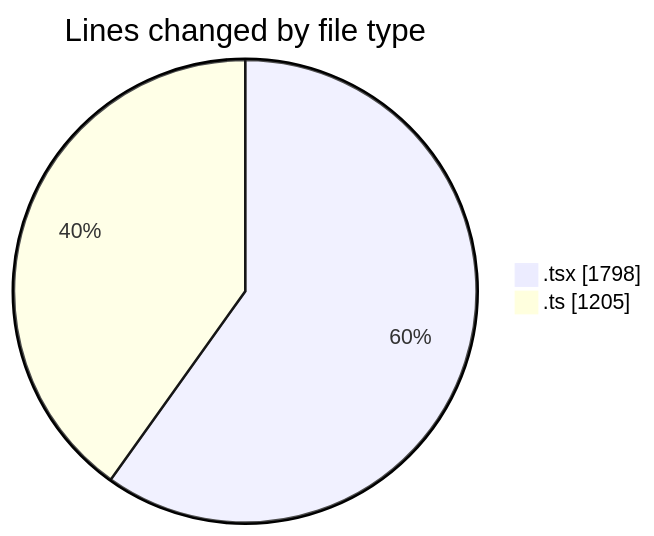
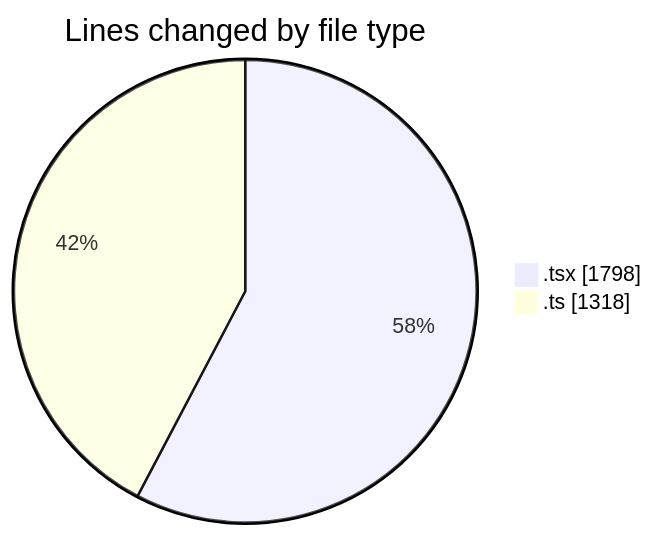
One commit to nxtqubesakshisongat/code-tracking changed the first of 2 diagrams in 2026-03-06/nxtqube_webapp/README.md. Above: the diagram before and after it, drawn with Mermaid. The commit also changed other lines of this file and 1 other file, not shown here.

````diff
--- a/2026-03-06/nxtqube_webapp/README.md
+++ b/2026-03-06/nxtqube_webapp/README.md
@@ -28,6 +28,6 @@
 ```mermaid
 pie showData
 title Lines changed by file type
 ".tsx" : 1798
-".ts" : 1205
+".ts" : 1318
 ```
````
